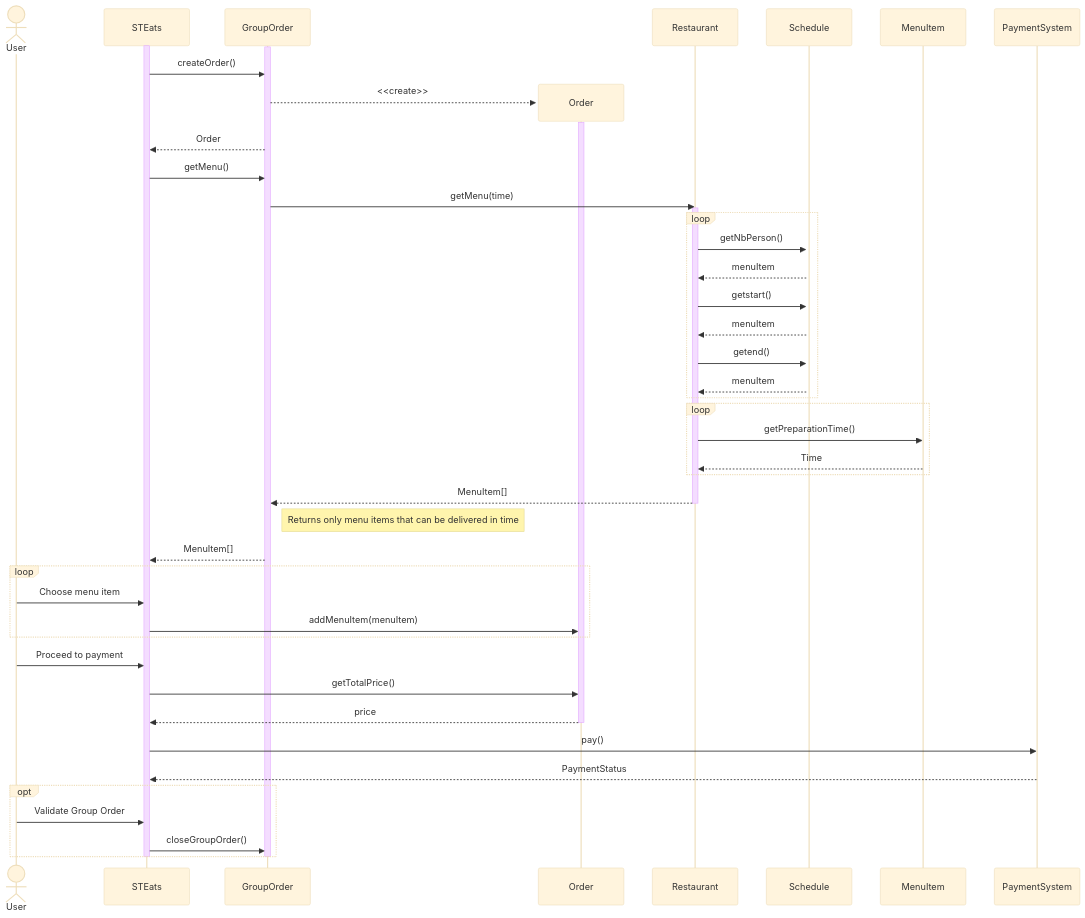
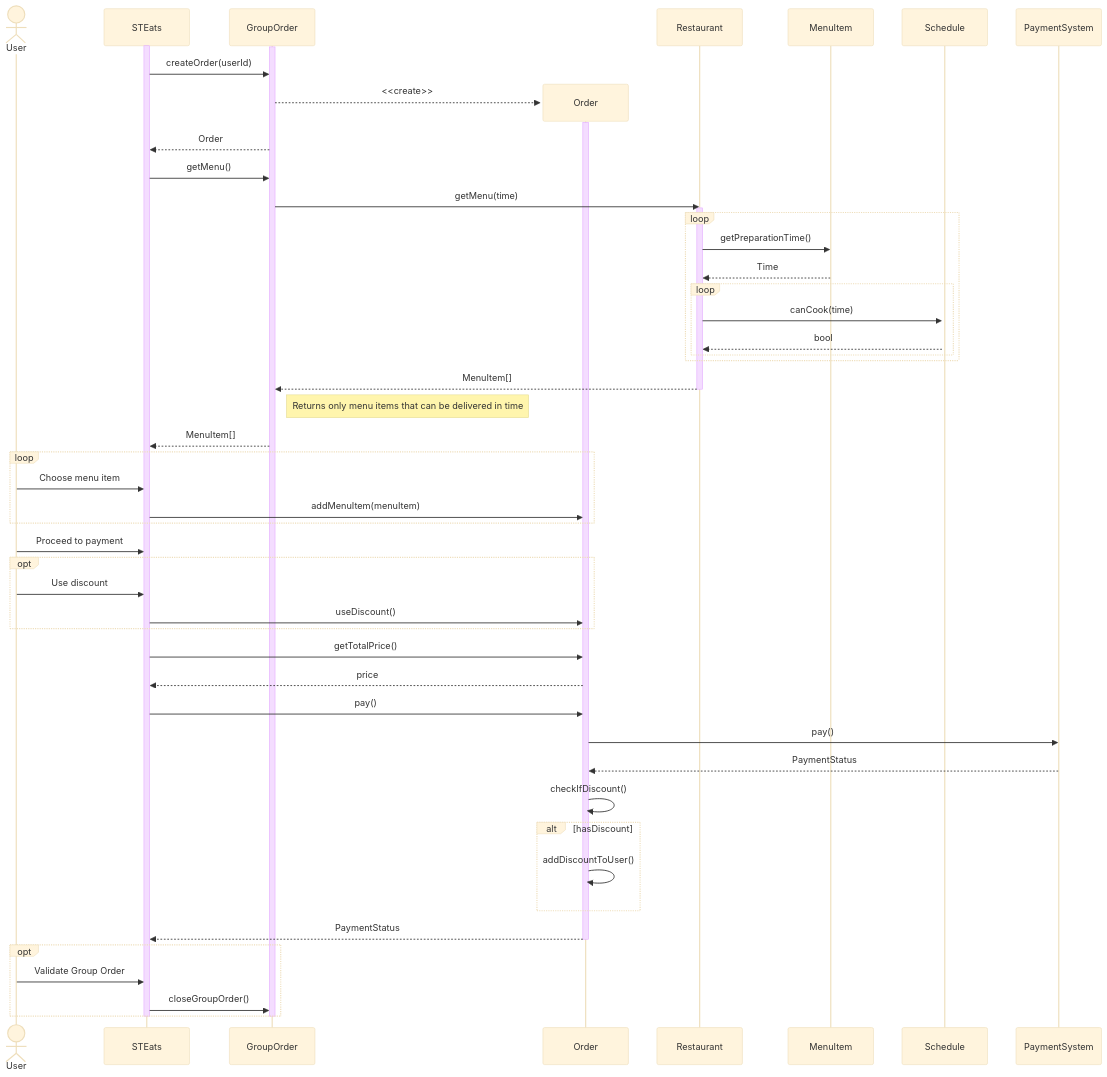
The third of 4 diagrams in doc/uml.md (Other-Project/SI4-STEats), drawn with Mermaid (base theme) before and after one commit. The commit also changed other lines of this file, not shown here.

````diff
--- a/doc/uml.md
+++ b/doc/uml.md
@@ -131,47 +153,53 @@
 ```mermaid
 sequenceDiagram
     actor User
     activate STEats
     activate GroupOrder
-    STEats->>GroupOrder : createOrder()
+    STEats->>GroupOrder : createOrder(userId)
     create participant Order
     GroupOrder-->>Order: <<create>>
     activate Order
     GroupOrder-->>STEats: Order
     STEats->>GroupOrder: getMenu()
     GroupOrder->>Restaurant: getMenu(time)
     activate Restaurant
     activate Schedule
     loop
-        Restaurant->>Schedule : getNbPerson()
-        Schedule-->>Restaurant: menuItem
-        Restaurant->>Schedule : getstart()
-        Schedule-->>Restaurant: menuItem
-        Restaurant->>Schedule : getend()
-        Schedule-->>Restaurant: menuItem
-    end
-    loop
         Restaurant->>MenuItem : getPreparationTime()
         MenuItem -->> Restaurant : Time
+        loop
+            Restaurant->>Schedule : canCook(time)
+            Schedule-->>Restaurant: bool
+        end
     end
     Restaurant-->>GroupOrder: MenuItem[]
     deactivate Restaurant
     note right of GroupOrder : Returns only menu items that can be delivered in time
     GroupOrder-->>STEats: MenuItem[]
     loop
         User->>STEats:Choose menu item
         STEats->>Order:addMenuItem(menuItem)
     end
     User->>STEats:Proceed to payment
+    opt
+        User->>STEats: Use discount
+        STEats->>Order: useDiscount()
+    end
     STEats->>Order: getTotalPrice()
     Order-->>STEats: price
+    STEats->>Order: pay()
+    Order->>PaymentSystem: pay()
+    PaymentSystem-->>Order: PaymentStatus
+    Order->>Order:checkIfDiscount()
+    alt hasDiscount
+        Order->>Order: addDiscountToUser()
+    end
+    Order-->>STEats: PaymentStatus
     deactivate Order
-    STEats->>PaymentSystem: pay()
-    PaymentSystem-->>STEats: PaymentStatus
     opt
         User->>STEats: Validate Group Order
         STEats->>GroupOrder: closeGroupOrder()
     end
     deactivate GroupOrder
     deactivate STEats
 ```
````
